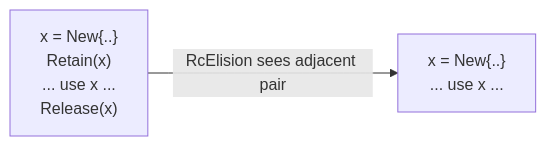
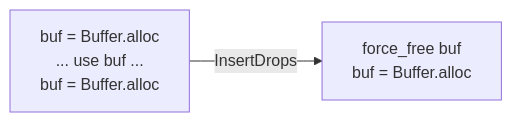
Before and after one commit to sps014/dream: the third of 3 diagrams in docs/compiler/04-mir.md, drawn with Mermaid. The commit also changed other lines of this file and 122 other files, not shown here.

````diff
--- a/docs/compiler/04-mir.md
+++ b/docs/compiler/04-mir.md
@@ -116,4 +115,4 @@
 ```mermaid
 flowchart LR
-    A["x = New{..}\nRetain(x)\n... use x ...\nRelease(x)"] -->|RcElision sees adjacent pair| B["x = New{..}\n... use x ..."]
+    A["buf = Buffer.alloc\n... use buf ...\nbuf = Buffer.alloc"] -->|InsertDrops| B["force_free buf\nbuf = Buffer.alloc"]
 ```
````
